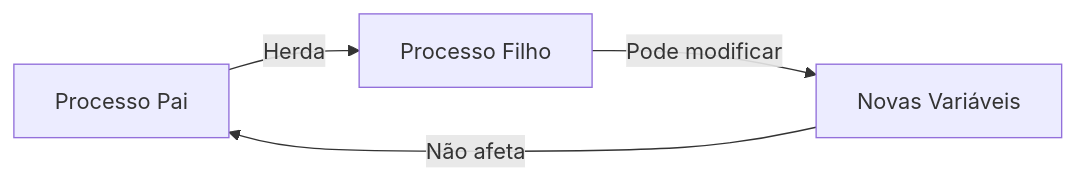
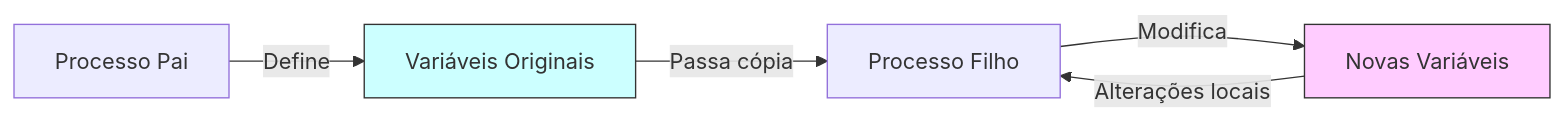
Before and after one commit to joaop9673/joaop9673.github.io: the diagram in _posts/2024-12-29-variaveis.md, drawn with Mermaid. The commit also changed other lines of this file, not shown here.

````diff
--- a/_posts/2024-12-29-variaveis.md
+++ b/_posts/2024-12-29-variaveis.md
@@ -40,6 +42,9 @@
 ```mermaid
 graph LR
-A[Processo Pai] -->|Herda| B[Processo Filho]
-B -->|Pode modificar| C[Novas Variáveis]
-C -->|Não afeta| A
+    P[Processo Pai] -->|Define| V[Variáveis Originais]
+    V -->|Passa cópia| F[Processo Filho]
+    F -->|Modifica| NV[Novas Variáveis]
+    NV -->|Alterações locais| F
+    style V fill:#cff,stroke:#333
+    style NV fill:#fcf,stroke:#333
 ```
````
